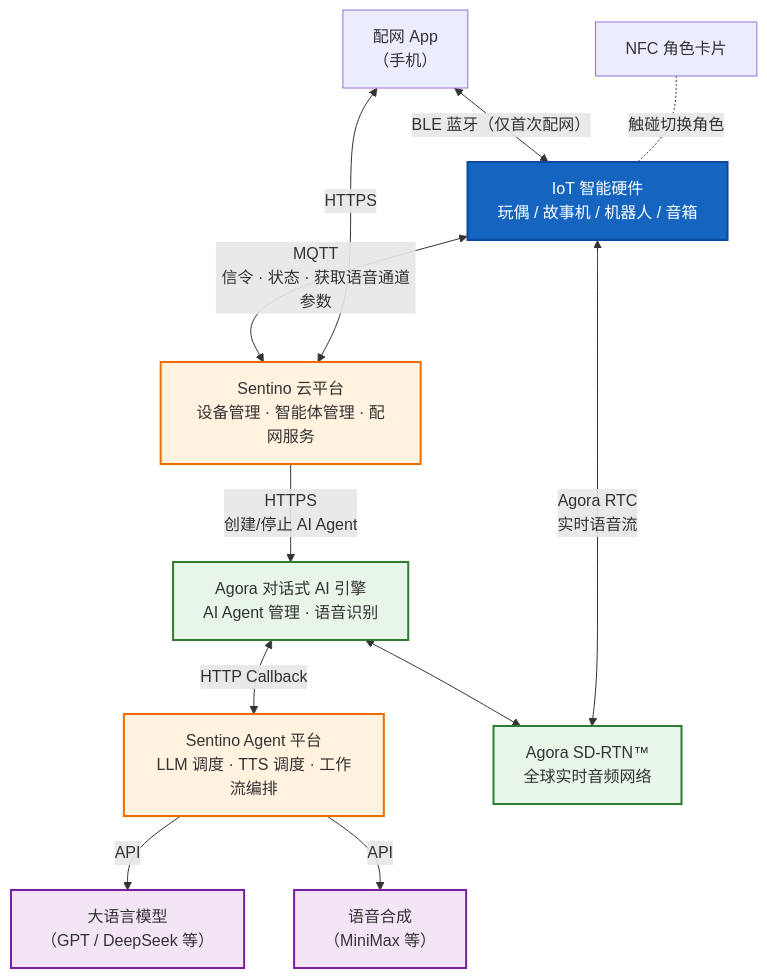
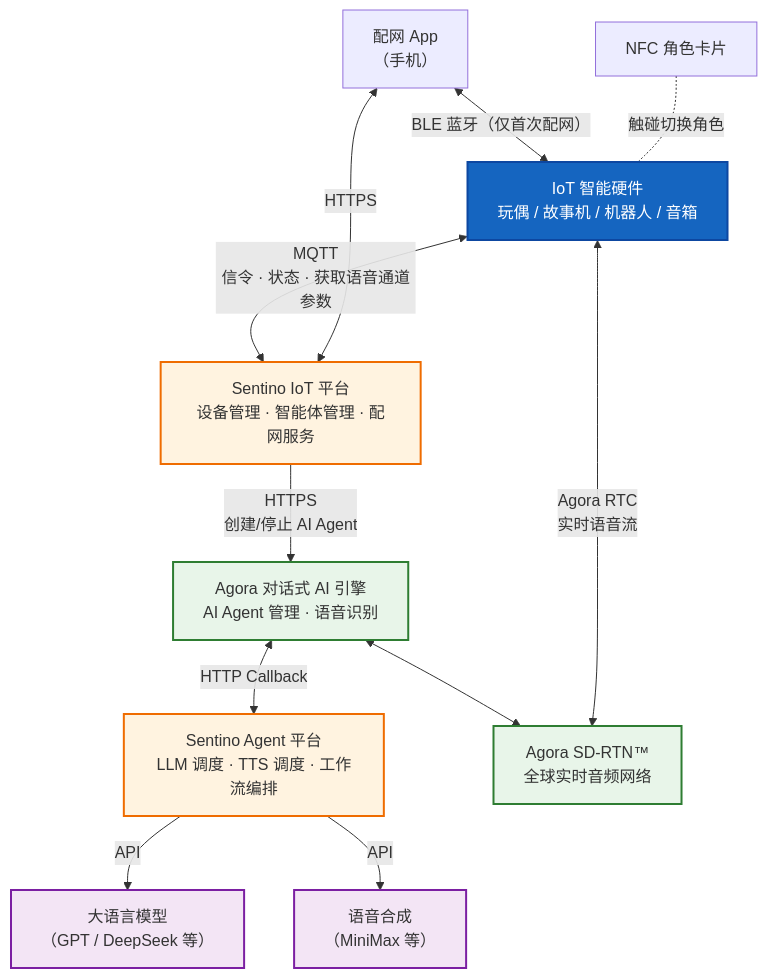
Before and after one commit to sentino-jp/iot-docs: the second of 3 diagrams in architecture-overview.md, drawn with Mermaid. The commit also changed other lines of this file and 2 other files, not shown here.

First line of the commit message:
docs: clearly separate Sentino IoT 平台 and Sentino Agent 平台

````diff
--- a/architecture-overview.md
+++ b/architecture-overview.md
@@ -69,31 +75,31 @@
 ```mermaid
 graph TB
     Device["IoT 智能硬件<br/>玩偶 / 故事机 / 机器人 / 音箱"]
     App["配网 App<br/>（手机）"]
     NFC["NFC 角色卡片"]
-    Cloud["Sentino 云平台<br/>设备管理 · 智能体管理 · 配网服务"]
+    Cloud["Sentino IoT 平台<br/>设备管理 · 智能体管理 · 配网服务"]
     SentinoAgent["Sentino Agent 平台<br/>LLM 调度 · TTS 调度 · 工作流编排"]
     AgoraAI["Agora 对话式 AI 引擎<br/>AI Agent 管理 · 语音识别"]
     AgoraRTC["Agora SD-RTN™<br/>全球实时音频网络"]
     LLM["大语言模型<br/>（GPT / DeepSeek 等）"]
     TTS["语音合成<br/>（MiniMax 等）"]
 
     NFC -.-|"触碰切换角色"| Device
     App <-->|"BLE 蓝牙（仅首次配网）"| Device
     App <-->|"HTTPS"| Cloud
     Device <-->|"MQTT<br/>信令 · 状态 · 获取语音通道参数"| Cloud
     Device <-->|"Agora RTC<br/>实时语音流"| AgoraRTC
     Cloud -->|"HTTPS<br/>创建/停止 AI Agent"| AgoraAI
     AgoraAI <--> AgoraRTC
     AgoraAI <-->|"HTTP Callback"| SentinoAgent
     SentinoAgent -->|"API"| LLM
     SentinoAgent -->|"API"| TTS
 
     style Device fill:#1565C0,stroke:#0D47A1,color:#fff,stroke-width:2px
     style Cloud fill:#FFF3E0,stroke:#EF6C00,stroke-width:2px
     style SentinoAgent fill:#FFF3E0,stroke:#EF6C00,stroke-width:2px
     style AgoraAI fill:#E8F5E9,stroke:#2E7D32,stroke-width:2px
     style AgoraRTC fill:#E8F5E9,stroke:#2E7D32,stroke-width:2px
     style LLM fill:#F3E5F5,stroke:#7B1FA2,stroke-width:2px
     style TTS fill:#F3E5F5,stroke:#7B1FA2,stroke-width:2px
 ```
````
